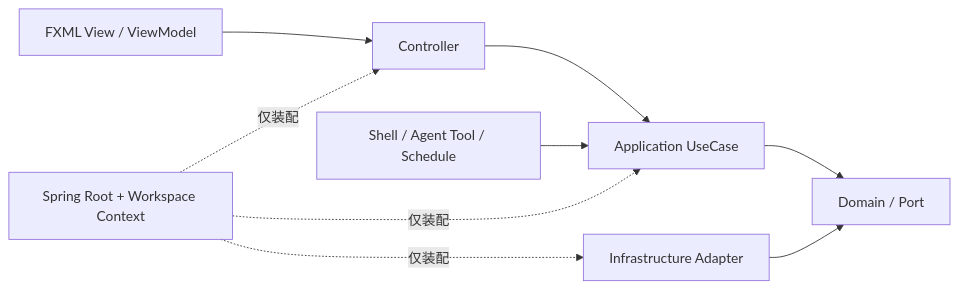
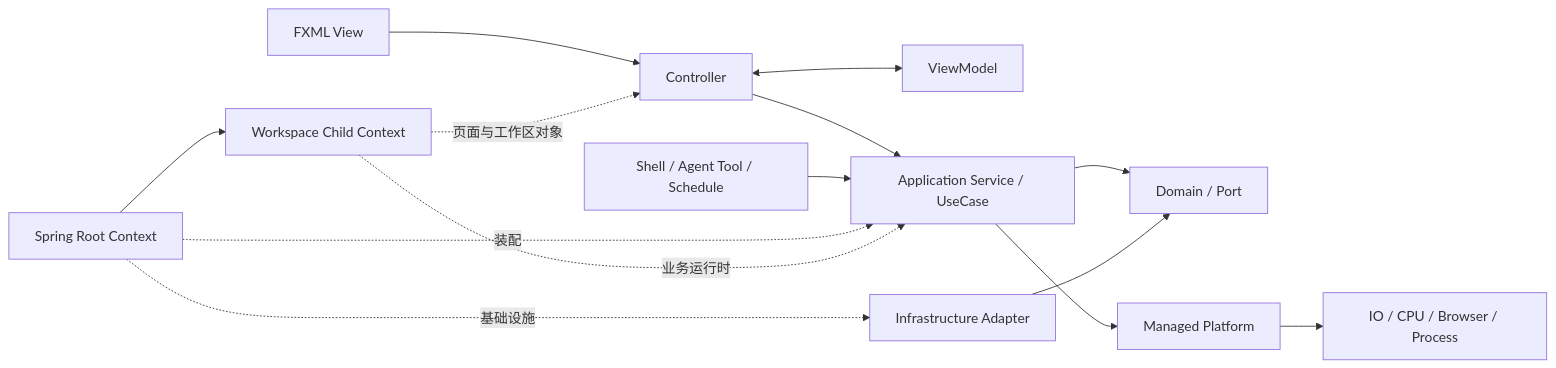
Before and after one commit to CogniCodeGen/JavaClaw: the first of 2 diagrams in docs/architecture/README.md, drawn with Mermaid. The commit also changed other lines of this file and 13 other files, not shown here.

````diff
--- a/docs/architecture/README.md
+++ b/docs/architecture/README.md
@@ -13,11 +9,18 @@
 ```mermaid
 flowchart LR
-    V["FXML View / ViewModel"] --> C["Controller"]
-    C --> A["Application UseCase"]
+    F["FXML View"] --> C["Controller"]
+    C <--> VM["ViewModel"]
+    C --> A["Application Service / UseCase"]
+    SH["Shell / Agent Tool / Schedule"] --> A
     A --> D["Domain / Port"]
     I["Infrastructure Adapter"] --> D
-    S["Shell / Agent Tool / Schedule"] --> A
-    R["Spring Root + Workspace Context"] -. "仅装配" .-> C
-    R -. "仅装配" .-> A
-    R -. "仅装配" .-> I
+
+    R["Spring Root Context"] -. "装配" .-> A
+    R -. "基础设施" .-> I
+    R --> W["Workspace Child Context"]
+    W -. "页面与工作区对象" .-> C
+    W -. "业务运行时" .-> A
+
+    A --> P["Managed Platform"]
+    P --> IO["IO / CPU / Browser / Process"]
 ```
````
